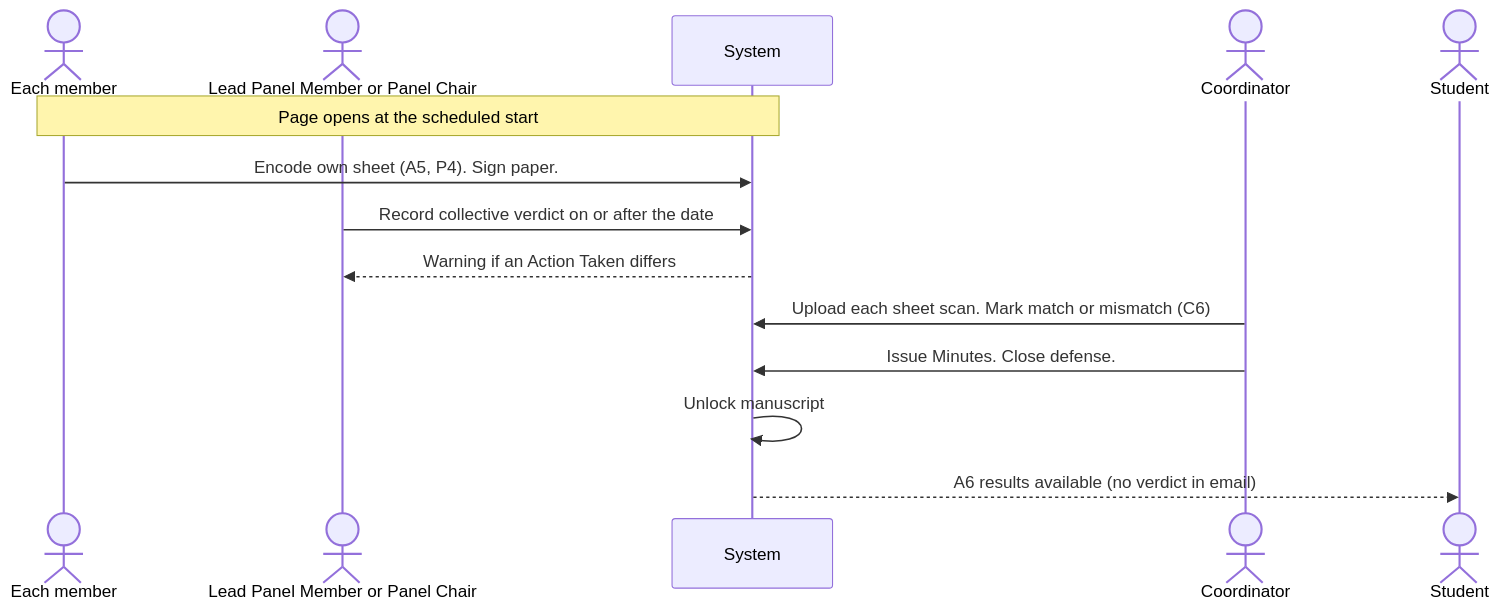
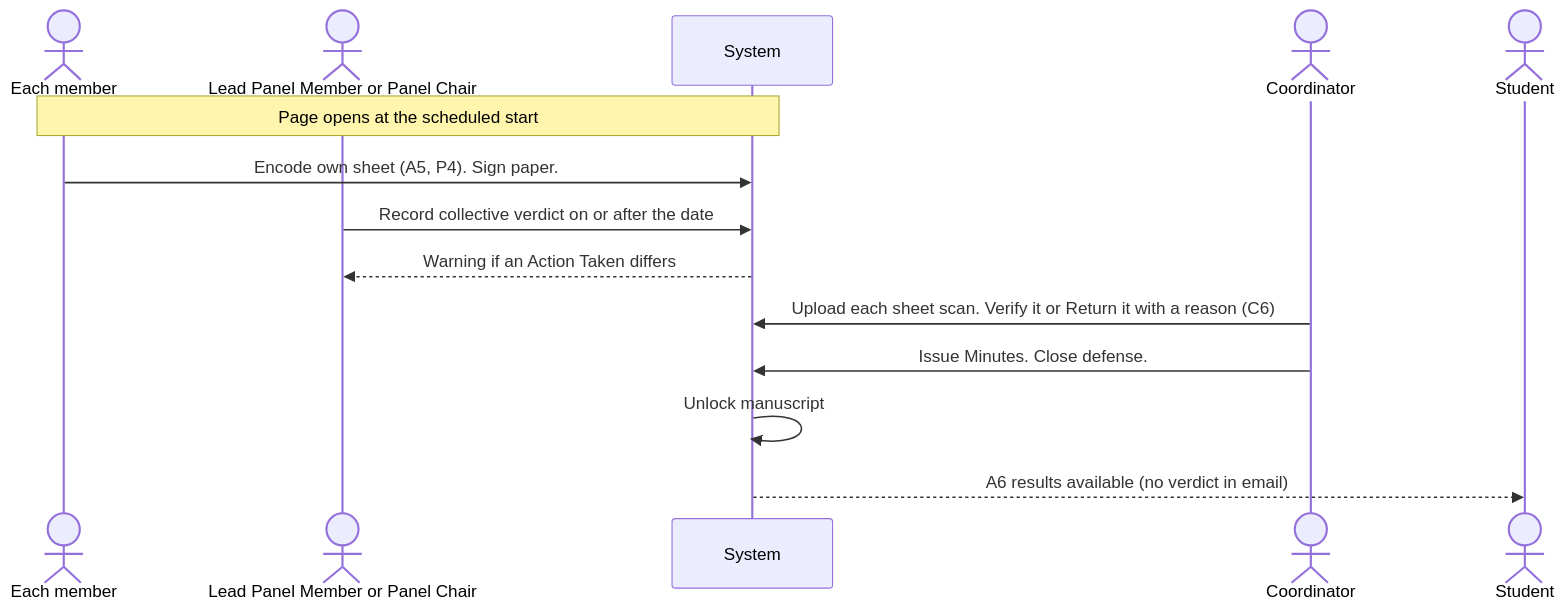
The sixth of 6 diagrams in spec/USERFLOW.md (nanashi2802/Graduate-Thesis-Progress-System), drawn with Mermaid before and after one commit. The commit also changed other lines of this file and 95 other files, not shown here.

````diff
--- a/spec/USERFLOW.md
+++ b/spec/USERFLOW.md
@@ -218,16 +218,16 @@
 ```mermaid
 sequenceDiagram
     actor Mem as Each member
     actor Lead as Lead Panel Member or Panel Chair
     participant Sys as System
     actor Coo as Coordinator
     actor Stu as Student
     Note over Mem,Sys: Page opens at the scheduled start
     Mem->>Sys: Encode own sheet (A5, P4). Sign paper.
     Lead->>Sys: Record collective verdict on or after the date
     Sys-->>Lead: Warning if an Action Taken differs
-    Coo->>Sys: Upload each sheet scan. Mark match or mismatch (C6)
+    Coo->>Sys: Upload each sheet scan. Verify it or Return it with a reason (C6)
     Coo->>Sys: Issue Minutes. Close defense.
     Sys->>Sys: Unlock manuscript
     Sys-->>Stu: A6 results available (no verdict in email)
 ```
````
